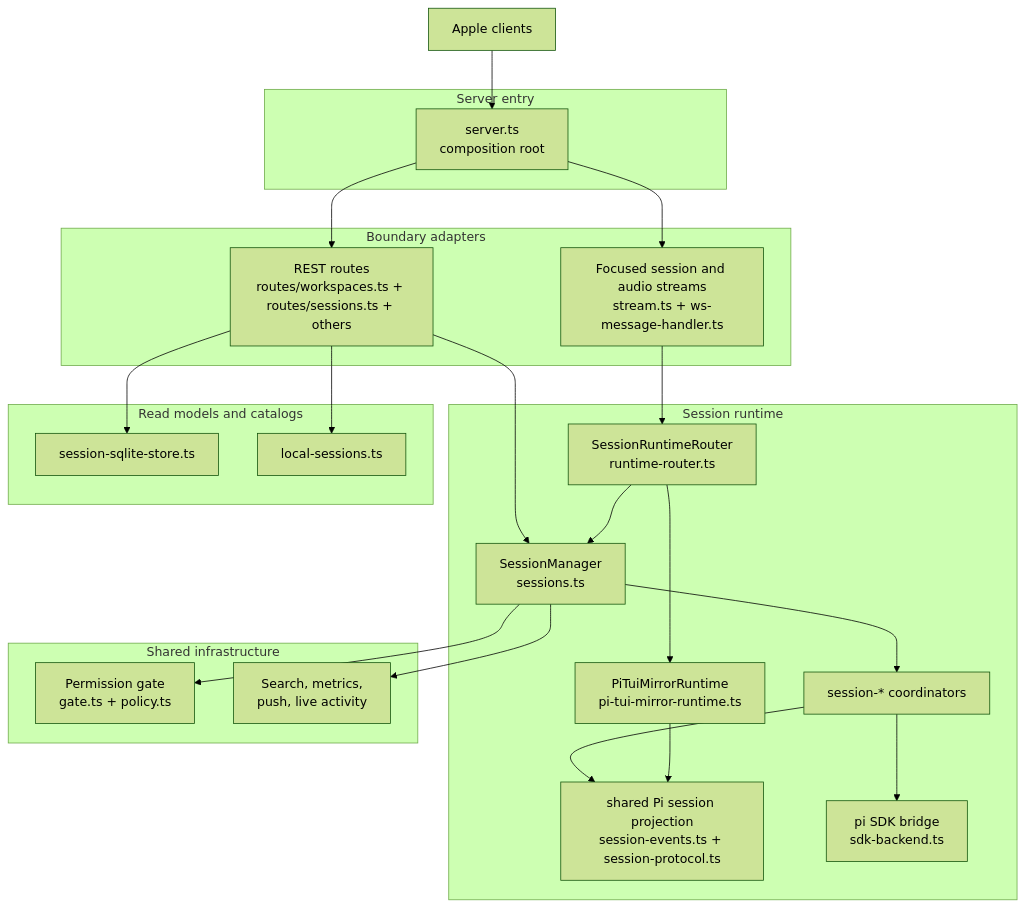
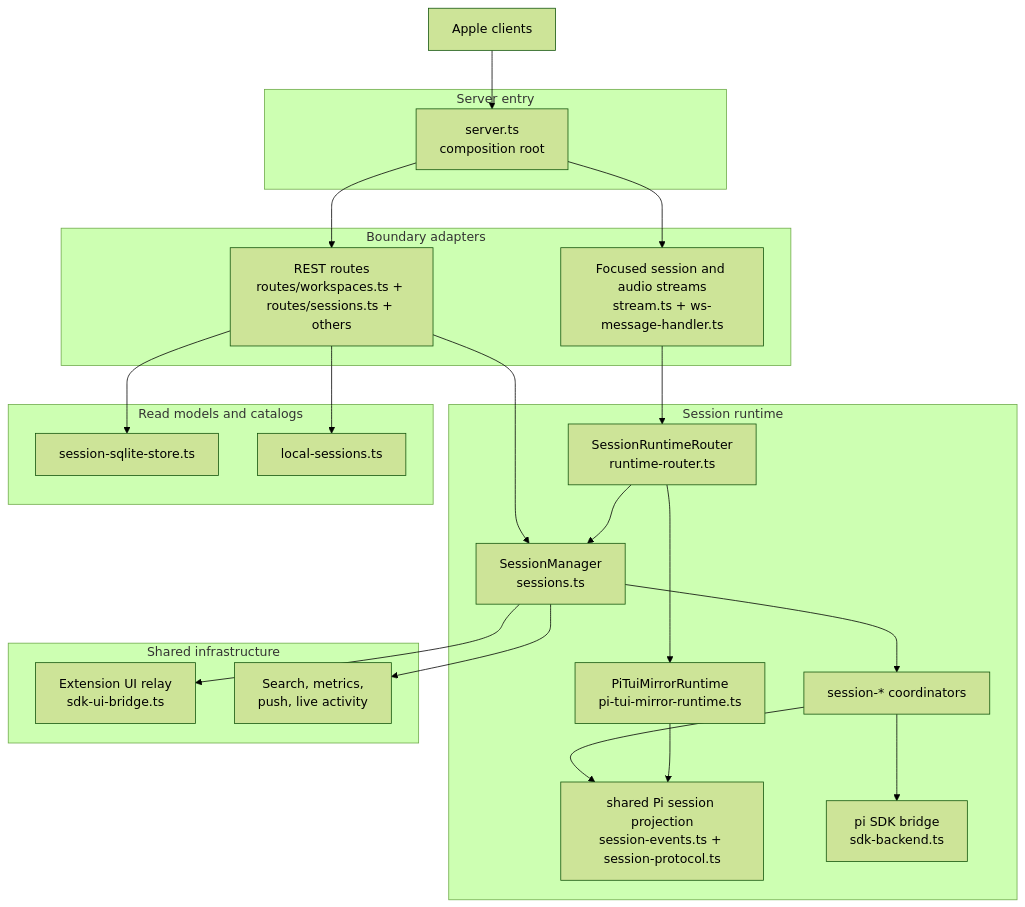
Before and after one commit to duh17/oppi: the seventh of 7 diagrams in docs/architecture.md, drawn with Mermaid (forest theme). The commit also changed other lines of this file and 100 other files, not shown here.

Commit message:
refactor: remove server permission policy stack

````diff
--- a/docs/architecture.md
+++ b/docs/architecture.md
@@ -256,48 +256,48 @@
 ```mermaid
 graph TD
   Client[Apple clients]
 
   subgraph Entry[Server entry]
     Root[server.ts<br/>composition root]
   end
 
   subgraph Boundaries[Boundary adapters]
     REST[REST routes<br/>routes/workspaces.ts + routes/sessions.ts + others]
     Live[Focused session and audio streams<br/>stream.ts + ws-message-handler.ts]
   end
 
   subgraph Runtime[Session runtime]
     Router[SessionRuntimeRouter<br/>runtime-router.ts]
     Sessions[SessionManager<br/>sessions.ts]
     Mirror[PiTuiMirrorRuntime<br/>pi-tui-mirror-runtime.ts]
     Flow[session-* coordinators]
     Project[shared Pi session projection<br/>session-events.ts + session-protocol.ts]
     Pi[pi SDK bridge<br/>sdk-backend.ts]
   end
 
   subgraph ReadModel[Read models and catalogs]
     Sqlite[session-sqlite-store.ts]
     LocalCatalog[local-sessions.ts]
   end
 
   subgraph Infrastructure[Shared infrastructure]
-    Gate[Permission gate<br/>gate.ts + policy.ts]
+    ExtensionRelay[Extension UI relay<br/>sdk-ui-bridge.ts]
     Ops[Search, metrics,<br/>push, live activity]
   end
 
   Client --> Root
   Root --> REST
   Root --> Live
   REST --> Sessions
   REST --> Sqlite
   REST --> LocalCatalog
   Live --> Router
   Router --> Sessions
   Router --> Mirror
   Sessions --> Flow
   Flow --> Project
   Mirror --> Project
   Flow --> Pi
-  Sessions --> Gate
+  Sessions --> ExtensionRelay
   Sessions --> Ops
 ```
````
